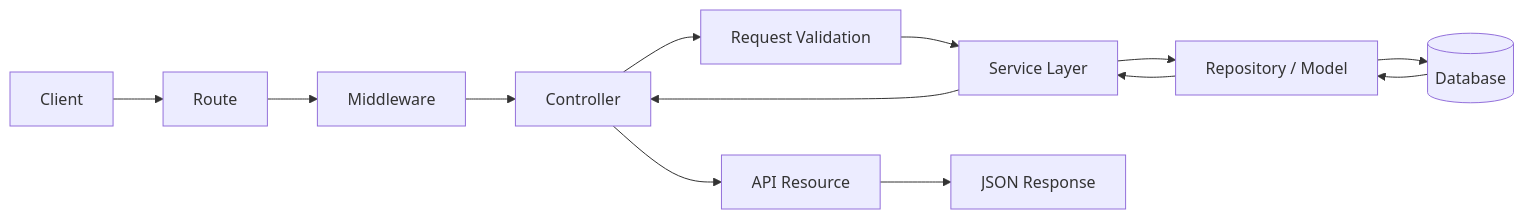
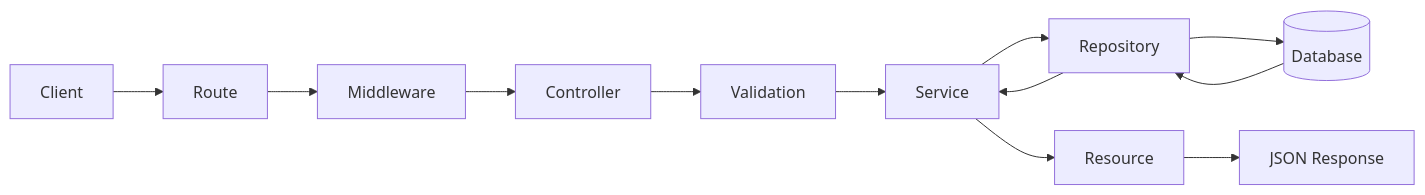
The first of 2 diagrams in README.md (auliaraditama-dev/auliaraditama-dev), drawn with Mermaid before and after one commit. The commit also changed other lines of this file, not shown here.

````diff
--- a/README.md
+++ b/README.md
@@ -488,15 +230,14 @@
 ```mermaid
 flowchart LR
     A[Client] --> B[Route]
     B --> C[Middleware]
     C --> D[Controller]
-    D --> E[Request Validation]
-    E --> F[Service Layer]
-    F --> G[Repository / Model]
+    D --> E[Validation]
+    E --> F[Service]
+    F --> G[Repository]
     G --> H[(Database)]
     H --> G
     G --> F
-    F --> D
-    D --> I[API Resource]
+    F --> I[Resource]
     I --> J[JSON Response]
 ```
````
